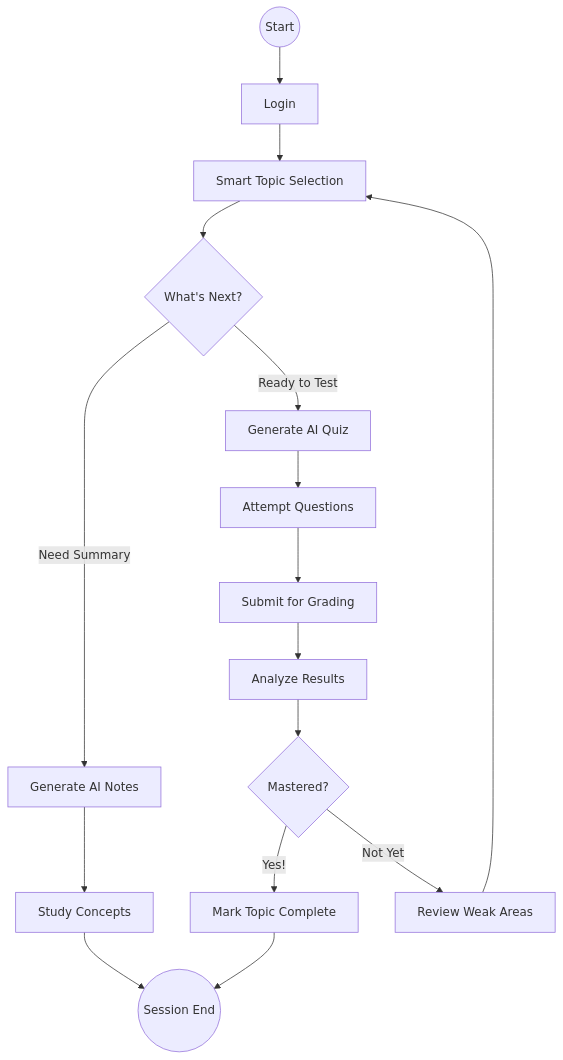
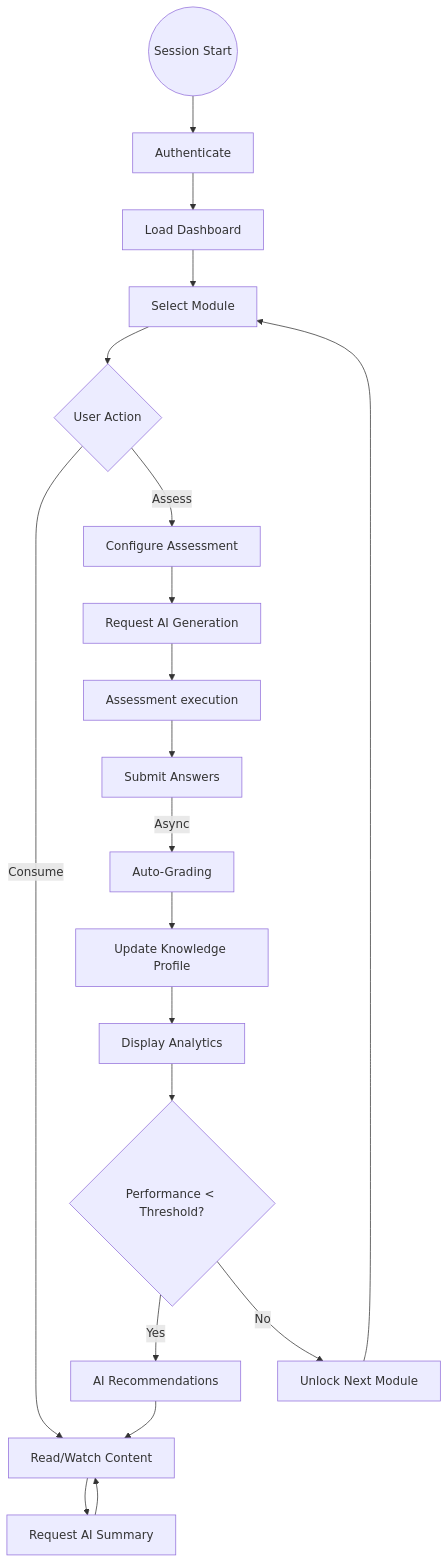
One commit to suvendukungfu/ai-education-platform changed the second of 3 diagrams in docs/02_Behavioral_Diagrams.md. Above: the diagram before and after it, drawn with Mermaid. The commit also changed other lines of this file and 6 other files, not shown here.

Commit message:
Docs: Major refactor for technical precision and architectural depth

````diff
--- a/docs/02_Behavioral_Diagrams.md
+++ b/docs/02_Behavioral_Diagrams.md
@@ -88,22 +62,28 @@
 ```mermaid
 flowchart TD
-    Start((Start)) --> Login[Login]
-    Login --> SelectTopic[Smart Topic Selection]
-    SelectTopic --> Choice{What's Next?}
+    Start((Session Start)) --> Auth[Authenticate]
+    Auth --> Dashboard[Load Dashboard]
+    Dashboard --> SelectContent[Select Module]
 
-    Choice -->|Need Summary| GenNotes[Generate AI Notes]
-    GenNotes --> ViewNotes[Study Concepts]
-    ViewNotes --> End((Session End))
+    SelectContent --> ActionCheck{User Action}
 
-    Choice -->|Ready to Test| CreateQuiz[Generate AI Quiz]
-    CreateQuiz --> TakeQuiz[Attempt Questions]
-    TakeQuiz --> SubmitQuiz[Submit for Grading]
-    SubmitQuiz --> ViewResult[Analyze Results]
-    ViewResult --> Analysis{Mastered?}
+    ActionCheck -->|Consume| Read[Read/Watch Content]
+    Read --> GenerateNotes[Request AI Summary]
+    GenerateNotes --> Read
 
-    Analysis -->|Yes!| MarkComplete[Mark Topic Complete]
-    Analysis -->|Not Yet| Review[Review Weak Areas]
+    ActionCheck -->|Assess| ConfigQuiz[Configure Assessment]
+    ConfigQuiz --> RequestGen[Request AI Generation]
+    RequestGen --> TakeQuiz[Assessment execution]
+    TakeQuiz --> Submit[Submit Answers]
 
-    MarkComplete --> End
-    Review --> SelectTopic
+    Submit -->|Async| Grade[Auto-Grading]
+    Grade --> UpdateProfile[Update Knowledge Profile]
+    UpdateProfile --> ShowResults[Display Analytics]
+
+    ShowResults --> Remediation{Performance < Threshold?}
+    Remediation -->|Yes| Recommend[AI Recommendations]
+    Remediation -->|No| NextModule[Unlock Next Module]
+
+    Recommend --> Read
+    NextModule --> SelectContent
 ```
````
